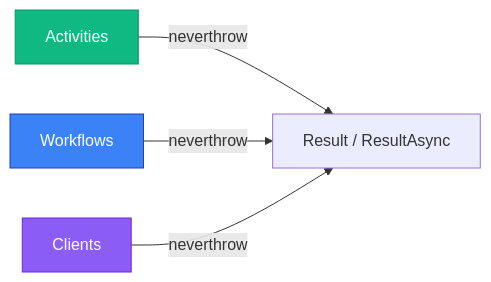
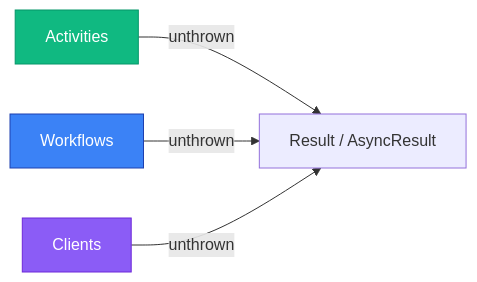
The first of 2 diagrams in docs/guide/result-pattern.md (btravstack/temporal-contract), drawn with Mermaid before and after one commit. The commit also changed other lines of this file and 58 other files, not shown here.

First line of the commit message:
feat!: replace neverthrow with unthrown

````diff
--- a/docs/guide/result-pattern.md
+++ b/docs/guide/result-pattern.md
@@ -24,10 +24,10 @@
 ```mermaid
 graph LR
-    A[Activities] -->|neverthrow| B[Result / ResultAsync]
-    C[Workflows] -->|neverthrow| B
-    D[Clients] -->|neverthrow| B
+    A[Activities] -->|unthrown| B[Result / AsyncResult]
+    C[Workflows] -->|unthrown| B
+    D[Clients] -->|unthrown| B
 
     style A fill:#10b981,stroke:#059669,color:#fff
     style C fill:#3b82f6,stroke:#1e40af,color:#fff
     style D fill:#8b5cf6,stroke:#6d28d9,color:#fff
 ```
````
